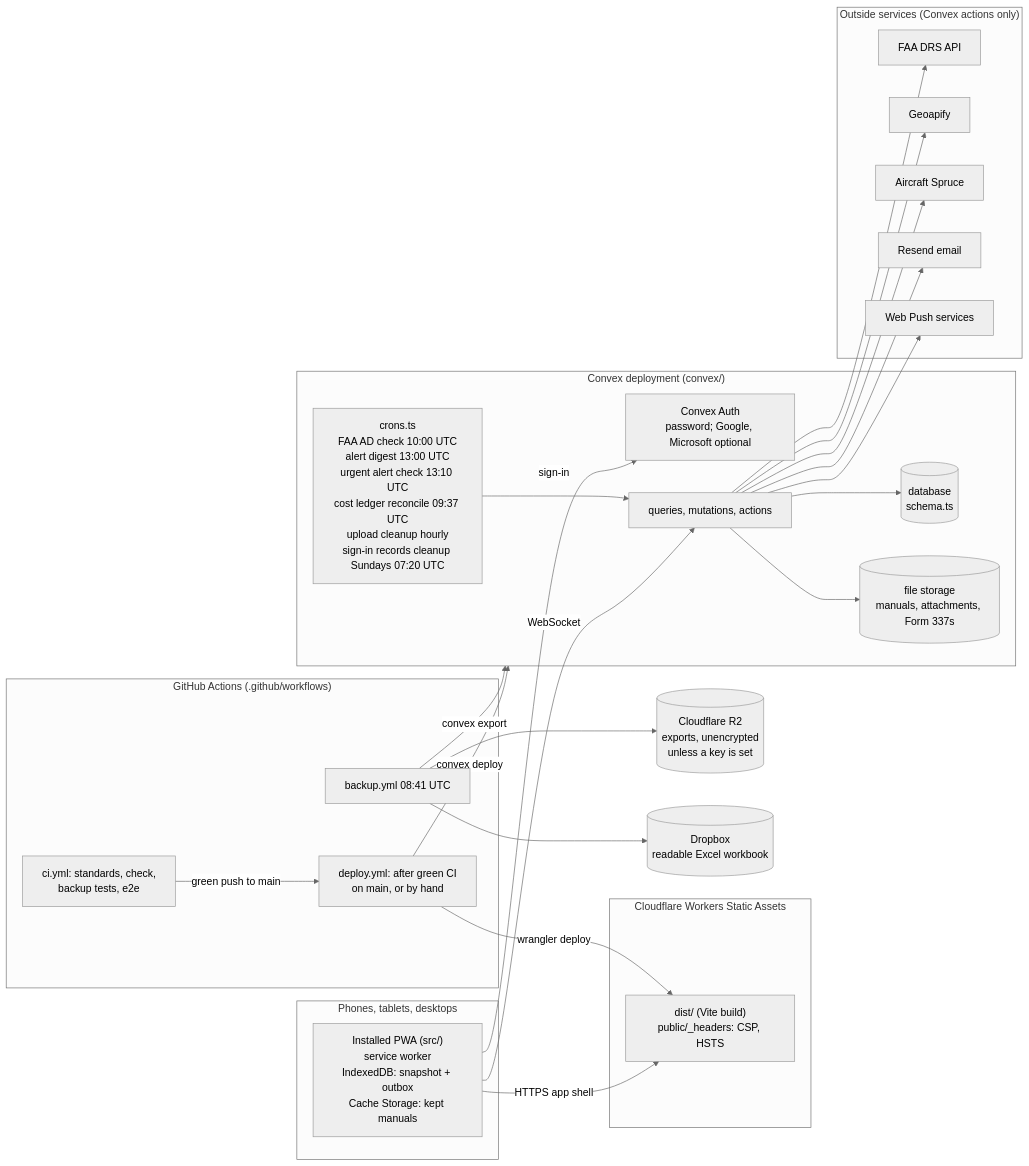
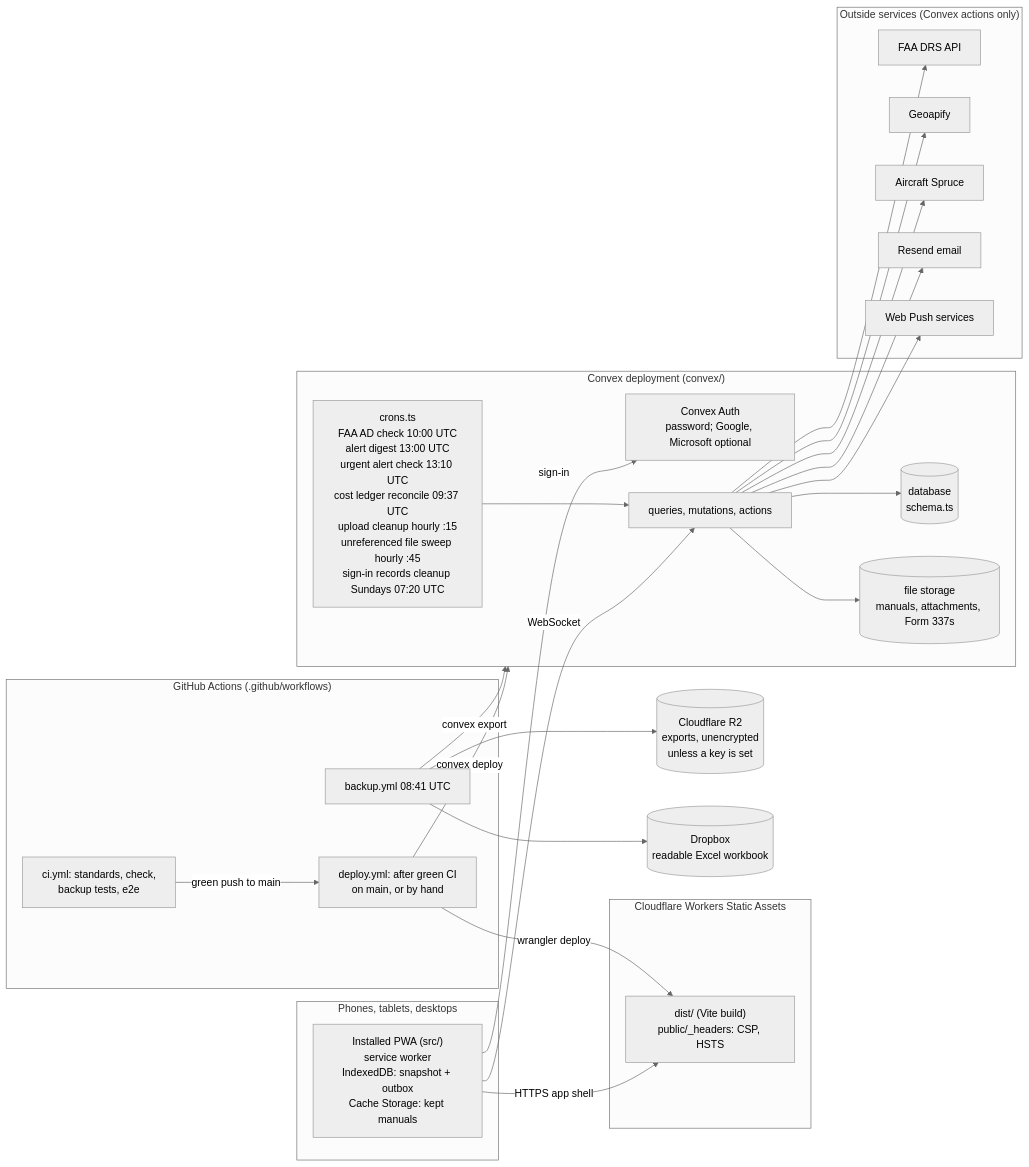
One commit to angelone-aviation/AO-aircraft-maintenance changed the first of 3 diagrams in CONTEXT.md. Above: the diagram before and after it, drawn with Mermaid (neutral theme). The commit also changed other lines of this file and 18 other files, not shown here.

````diff
--- a/CONTEXT.md
+++ b/CONTEXT.md
@@ -11,48 +11,48 @@
 ```mermaid
 flowchart LR
   subgraph Devices["Phones, tablets, desktops"]
     PWA["Installed PWA (src/)<br/>service worker<br/>IndexedDB: snapshot + outbox<br/>Cache Storage: kept manuals"]
   end
   subgraph CF["Cloudflare Workers Static Assets"]
     Static["dist/ (Vite build)<br/>public/_headers: CSP, HSTS"]
   end
   subgraph Convex["Convex deployment (convex/)"]
     Auth["Convex Auth<br/>password; Google, Microsoft optional"]
     Fns["queries, mutations, actions"]
     DB[("database<br/>schema.ts")]
     Files[("file storage<br/>manuals, attachments, Form 337s")]
-    Crons["crons.ts<br/>FAA AD check 10:00 UTC<br/>alert digest 13:00 UTC<br/>urgent alert check 13:10 UTC<br/>cost ledger reconcile 09:37 UTC<br/>upload cleanup hourly<br/>sign-in records cleanup Sundays 07:20 UTC"]
+    Crons["crons.ts<br/>FAA AD check 10:00 UTC<br/>alert digest 13:00 UTC<br/>urgent alert check 13:10 UTC<br/>cost ledger reconcile 09:37 UTC<br/>upload cleanup hourly :15<br/>unreferenced file sweep hourly :45<br/>sign-in records cleanup Sundays 07:20 UTC"]
   end
   subgraph Ext["Outside services (Convex actions only)"]
     FAA["FAA DRS API"]
     Geo["Geoapify"]
     Spruce["Aircraft Spruce"]
     Resend["Resend email"]
     Push["Web Push services"]
   end
   subgraph GH["GitHub Actions (.github/workflows)"]
     CI["ci.yml: standards, check,<br/>backup tests, e2e"]
     Deploy["deploy.yml: after green CI<br/>on main, or by hand"]
     Nightly["backup.yml 08:41 UTC"]
   end
   R2[("Cloudflare R2<br/>exports, unencrypted<br/>unless a key is set")]
   Dropbox[("Dropbox<br/>readable Excel workbook")]
 
   PWA -->|HTTPS app shell| Static
   PWA -->|WebSocket| Fns
   PWA -->|sign-in| Auth
   Fns --> DB
   Fns --> Files
   Crons --> Fns
   Fns --> FAA
   Fns --> Geo
   Fns --> Spruce
   Fns --> Resend
   Fns --> Push
   CI -->|green push to main| Deploy
   Deploy -->|convex deploy| Convex
   Deploy -->|wrangler deploy| Static
   Nightly -->|convex export| Convex
   Nightly --> R2
   Nightly --> Dropbox
 ```
````
